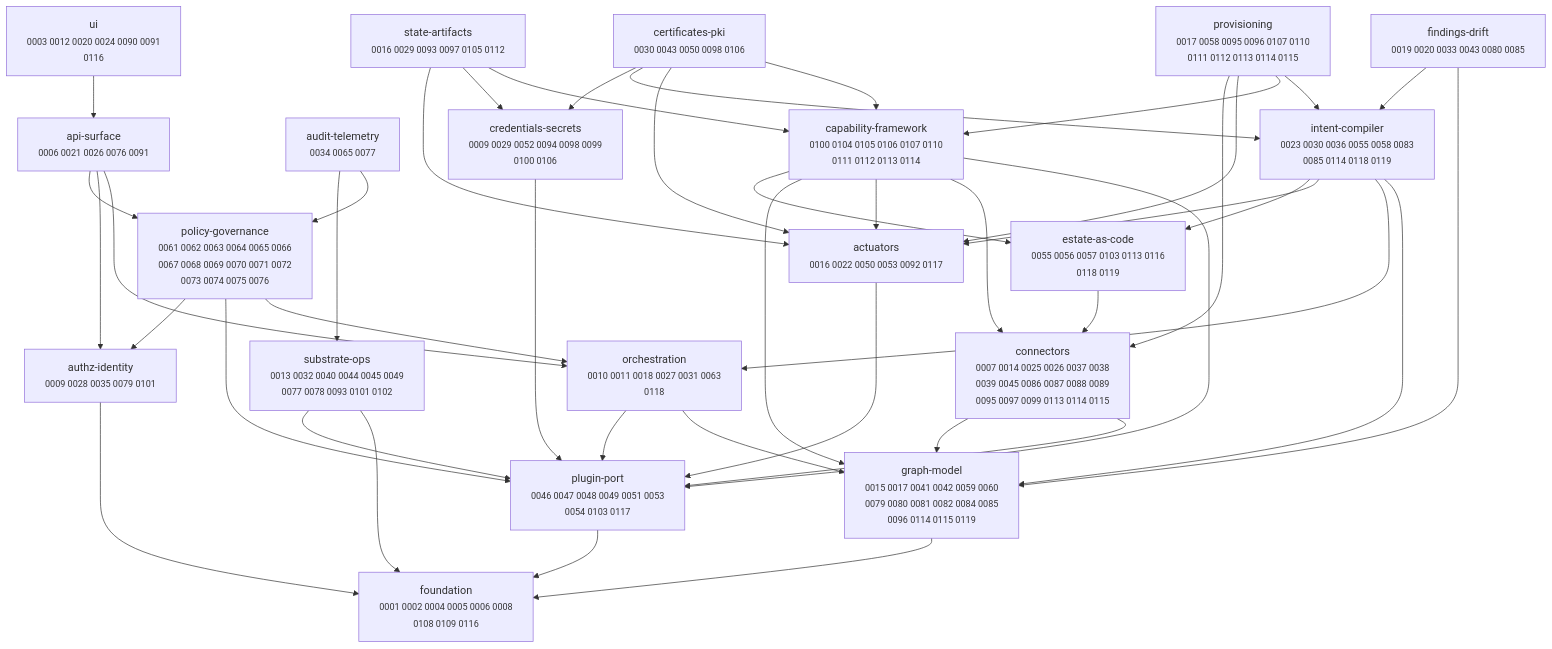
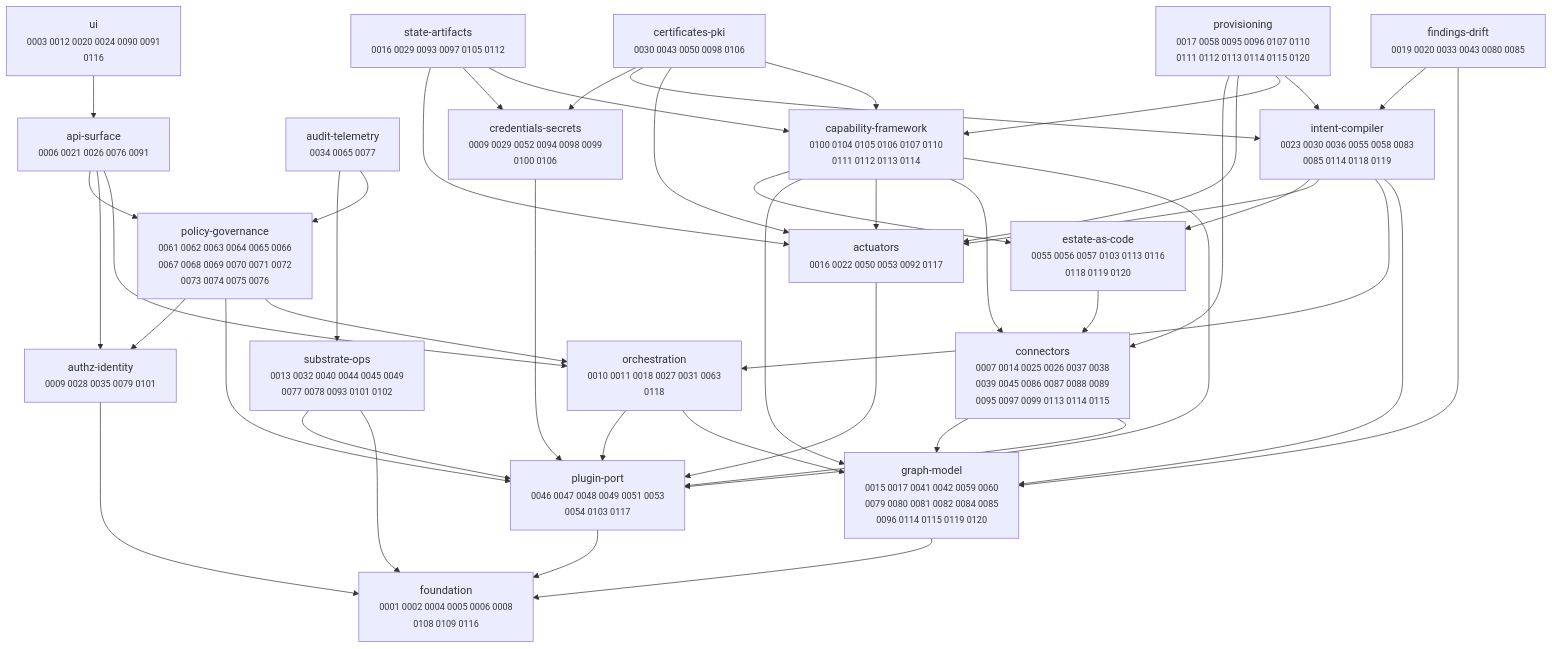
Before and after one commit to dstout-devops/stratt: the diagram in docs/adr/MAP.md, drawn with Mermaid. The commit also changed other lines of this file and 2 other files, not shown here.

````diff
--- a/docs/adr/MAP.md
+++ b/docs/adr/MAP.md
@@ -11,67 +11,67 @@
 ```mermaid
 graph TD
   actuators["actuators<br/><small>0016 0022 0050 0053 0092 0117</small>"]
   api_surface["api-surface<br/><small>0006 0021 0026 0076 0091</small>"]
   audit_telemetry["audit-telemetry<br/><small>0034 0065 0077</small>"]
   authz_identity["authz-identity<br/><small>0009 0028 0035 0079 0101</small>"]
   capability_framework["capability-framework<br/><small>0100 0104 0105 0106 0107 0110<br/>0111 0112 0113 0114</small>"]
   certificates_pki["certificates-pki<br/><small>0030 0043 0050 0098 0106</small>"]
   connectors["connectors<br/><small>0007 0014 0025 0026 0037 0038<br/>0039 0045 0086 0087 0088 0089<br/>0095 0097 0099 0113 0114 0115</small>"]
   credentials_secrets["credentials-secrets<br/><small>0009 0029 0052 0094 0098 0099<br/>0100 0106</small>"]
-  estate_as_code["estate-as-code<br/><small>0055 0056 0057 0103 0113 0116<br/>0118 0119</small>"]
+  estate_as_code["estate-as-code<br/><small>0055 0056 0057 0103 0113 0116<br/>0118 0119 0120</small>"]
   findings_drift["findings-drift<br/><small>0019 0020 0033 0043 0080 0085</small>"]
   foundation["foundation<br/><small>0001 0002 0004 0005 0006 0008<br/>0108 0109 0116</small>"]
-  graph_model["graph-model<br/><small>0015 0017 0041 0042 0059 0060<br/>0079 0080 0081 0082 0084 0085<br/>0096 0114 0115 0119</small>"]
+  graph_model["graph-model<br/><small>0015 0017 0041 0042 0059 0060<br/>0079 0080 0081 0082 0084 0085<br/>0096 0114 0115 0119 0120</small>"]
   intent_compiler["intent-compiler<br/><small>0023 0030 0036 0055 0058 0083<br/>0085 0114 0118 0119</small>"]
   orchestration["orchestration<br/><small>0010 0011 0018 0027 0031 0063<br/>0118</small>"]
   plugin_port["plugin-port<br/><small>0046 0047 0048 0049 0051 0053<br/>0054 0103 0117</small>"]
   policy_governance["policy-governance<br/><small>0061 0062 0063 0064 0065 0066<br/>0067 0068 0069 0070 0071 0072<br/>0073 0074 0075 0076</small>"]
-  provisioning["provisioning<br/><small>0017 0058 0095 0096 0107 0110<br/>0111 0112 0113 0114 0115</small>"]
+  provisioning["provisioning<br/><small>0017 0058 0095 0096 0107 0110<br/>0111 0112 0113 0114 0115 0120</small>"]
   state_artifacts["state-artifacts<br/><small>0016 0029 0093 0097 0105 0112</small>"]
   substrate_ops["substrate-ops<br/><small>0013 0032 0040 0044 0045 0049<br/>0077 0078 0093 0101 0102</small>"]
   ui["ui<br/><small>0003 0012 0020 0024 0090 0091<br/>0116</small>"]
 
   actuators --> plugin_port
   api_surface --> orchestration
   api_surface --> authz_identity
   api_surface --> policy_governance
   audit_telemetry --> policy_governance
   audit_telemetry --> substrate_ops
   authz_identity --> foundation
   capability_framework --> plugin_port
   capability_framework --> connectors
   capability_framework --> actuators
   capability_framework --> graph_model
   capability_framework --> estate_as_code
   certificates_pki --> capability_framework
   certificates_pki --> actuators
   certificates_pki --> intent_compiler
   certificates_pki --> credentials_secrets
   connectors --> plugin_port
   connectors --> graph_model
   credentials_secrets --> plugin_port
   estate_as_code --> connectors
   findings_drift --> graph_model
   findings_drift --> intent_compiler
   graph_model --> foundation
   intent_compiler --> graph_model
   intent_compiler --> orchestration
   intent_compiler --> actuators
   intent_compiler --> estate_as_code
   orchestration --> graph_model
   orchestration --> plugin_port
   plugin_port --> foundation
   policy_governance --> orchestration
   policy_governance --> plugin_port
   policy_governance --> authz_identity
   provisioning --> intent_compiler
   provisioning --> capability_framework
   provisioning --> actuators
   provisioning --> connectors
   state_artifacts --> capability_framework
   state_artifacts --> credentials_secrets
   state_artifacts --> actuators
   substrate_ops --> foundation
   substrate_ops --> plugin_port
   ui --> api_surface
 ```
````
